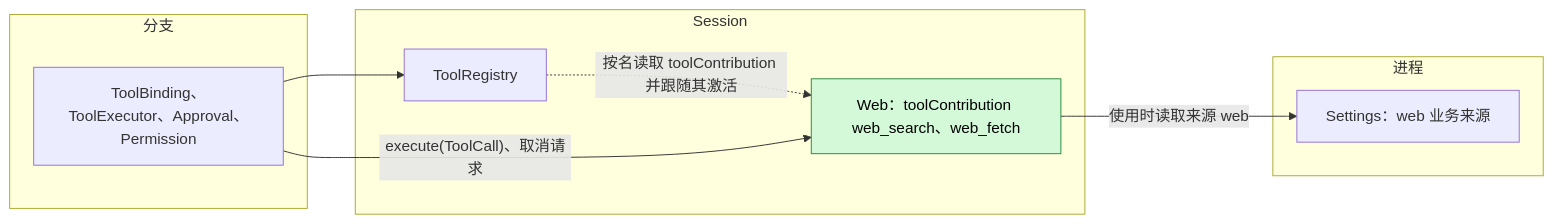
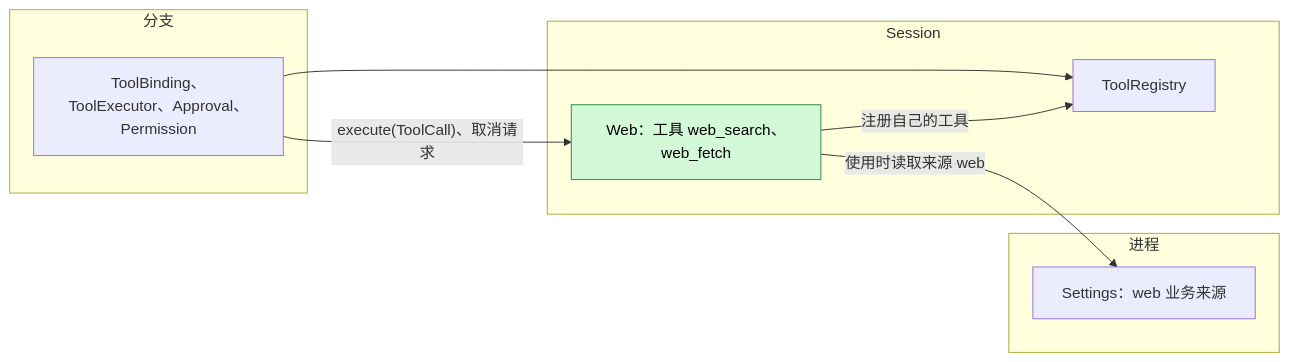
The first of 5 diagrams in docs/zh/design/plugins/Web.md (CoutinhoTTS/dim-agent), drawn with Mermaid before and after one commit. The commit also changed other lines of this file and 101 other files, not shown here.

````diff
--- a/docs/zh/design/plugins/Web.md
+++ b/docs/zh/design/plugins/Web.md
@@ -9,18 +9,18 @@
 ```mermaid
 flowchart LR
   subgraph PROC["进程"]
     Settings["Settings：web 业务来源"]
   end
   subgraph SESS["Session"]
-    Web["Web：toolContribution web_search、web_fetch"]:::new
+    Web["Web：工具 web_search、web_fetch"]:::new
     ToolRegistry["ToolRegistry"]
   end
   subgraph BR["分支"]
     Exec["ToolBinding、ToolExecutor、Approval、Permission"]
   end
   Web -->|"使用时读取来源 web"| Settings
-  ToolRegistry -.->|"按名读取 toolContribution 并跟随其激活"| Web
+  Web -->|"注册自己的工具"| ToolRegistry
   Exec --> ToolRegistry
   Exec -->|"execute(ToolCall)、取消请求"| Web
   classDef new fill:#d3f9d8,stroke:#2b8a3e,color:#000
 ```
````
